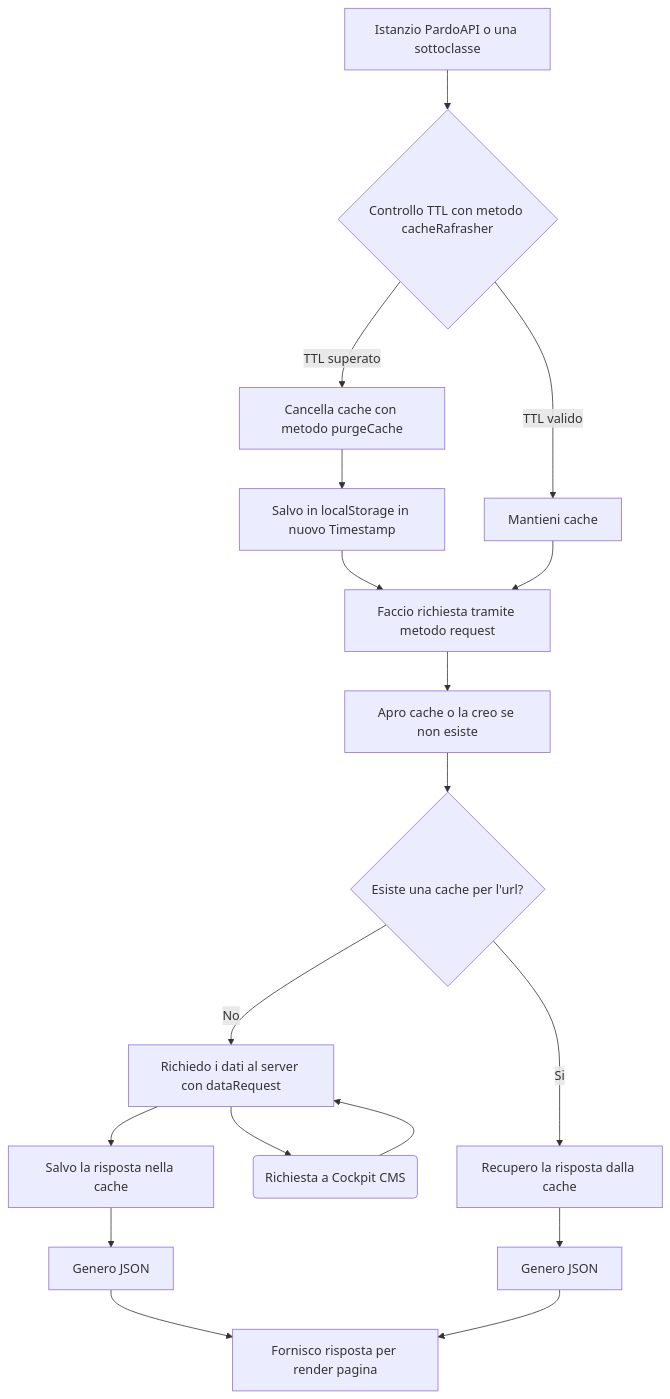
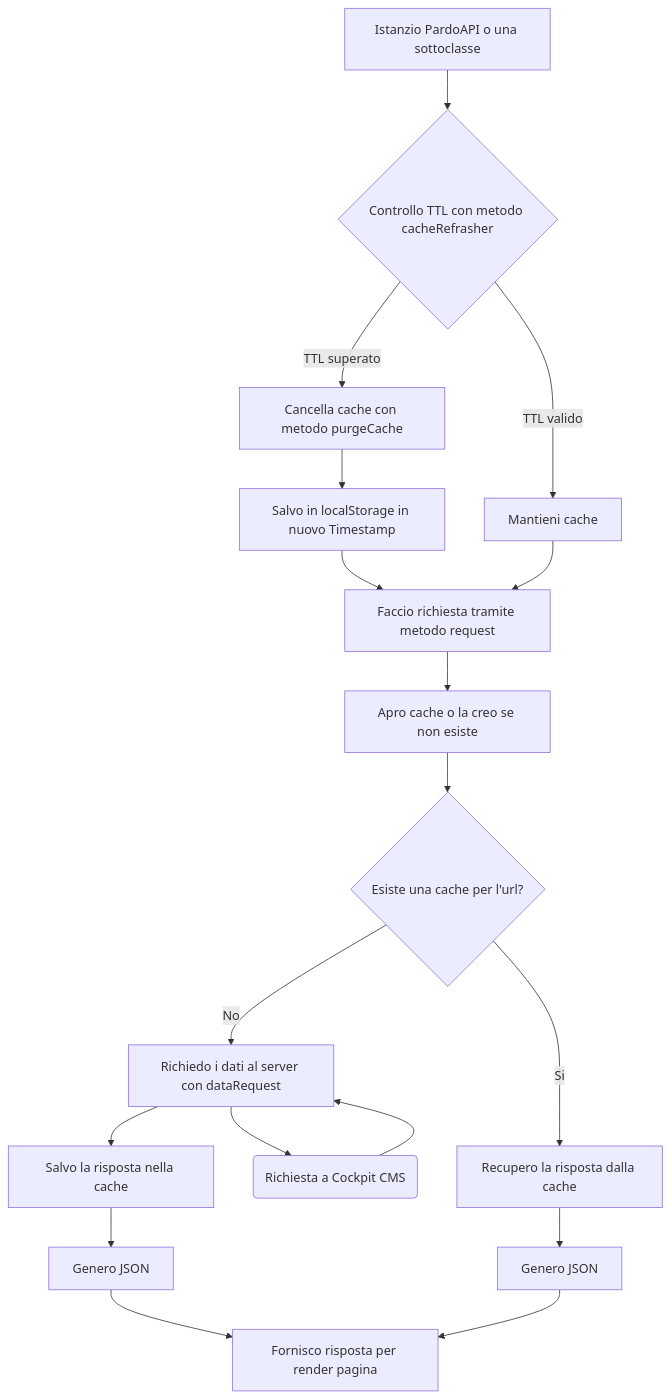
One commit to simonevannuccipardo/PardoAPI changed the diagram in README.md. Above: the diagram before and after it, drawn with Mermaid.

````diff
--- a/README.md
+++ b/README.md
@@ -48,20 +48,20 @@
 ```mermaid
 graph TD;
-    A[Istanzio PardoAPI o una sottoclasse] --> B{Controllo TTL con metodo cacheRafrasher}
+    A[Istanzio PardoAPI o una sottoclasse] --> B{Controllo TTL con metodo cacheRefrasher}
     B -->|TTL superato| C[Cancella cache con metodo purgeCache] 
     B -->|TTL valido| D[Mantieni cache]
     C --> S[Salvo in localStorage in nuovo Timestamp]
     S --> E
     D --> E
     E[Faccio richiesta tramite metodo request] --> F[Apro cache o la creo se non esiste]
     F --> G{Esiste una cache per l'url?}
     G -->|No| H[Richiedo i dati al server con dataRequest]
     H --> T[Salvo la risposta nella cache]
     T --> U[Genero JSON]
     G -->|Si| I[Recupero la risposta dalla cache]
     I --> V[Genero JSON]
     U --> L[Fornisco risposta per render pagina]
     V --> L
     H --> W(Richiesta a Cockpit CMS)
     W --> H
 ```
````
